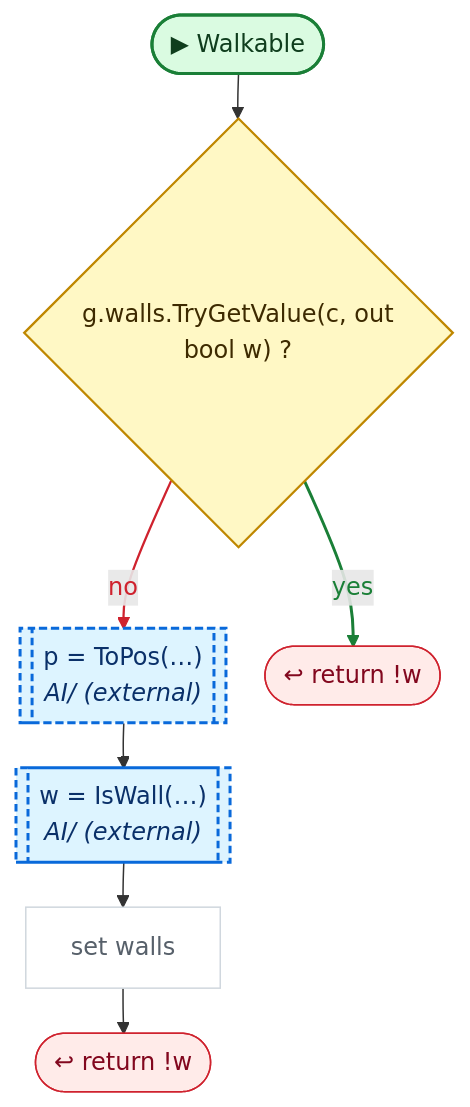
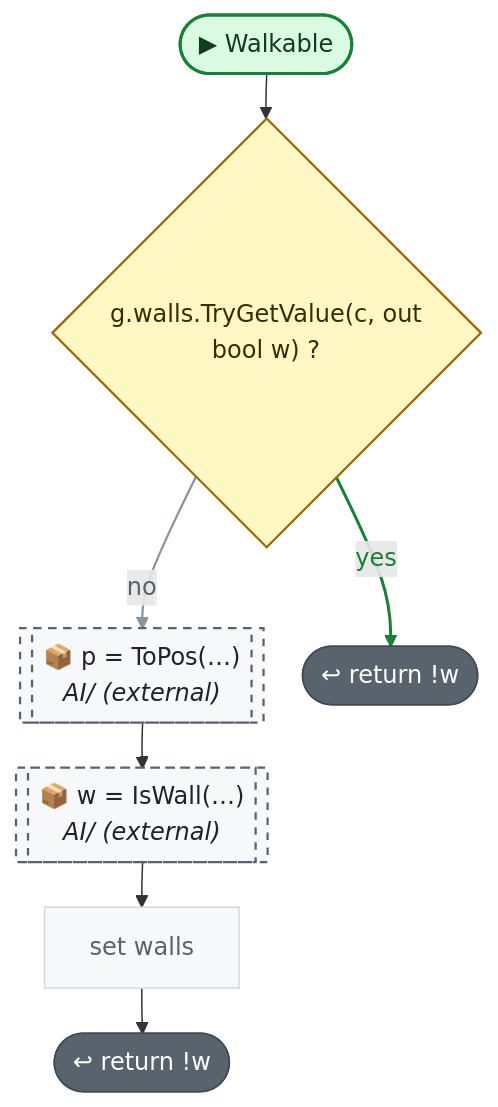
Before and after one commit to nataiai/Lord-of-the-Dungeon: the tenth of 14 diagrams in CodeGraph~/graph/AI/PathFinding.cs.md, drawn with Mermaid. The commit also changed other lines of this file and 57 other files, not shown here.

````diff
--- a/CodeGraph~/graph/AI/PathFinding.cs.md
+++ b/CodeGraph~/graph/AI/PathFinding.cs.md
@@ -621,44 +623,44 @@
 ```mermaid
 ---
 config:
   flowchart:
     wrappingWidth: 260
     nodeSpacing: 26
     rankSpacing: 30
 ---
 flowchart TD
   nS(["▶ Walkable"])
   nf34fcd{"g.walls.TryGetValue(c, out<br>bool w) ?"}
-  nbae4f0[["p = ToPos(…)<br><i>AI/ (external)</i>"]]
-  nd47c61[["w = IsWall(…)<br><i>AI/ (external)</i>"]]
+  nbae4f0[["📦 p = ToPos(…)<br><i>AI/ (external)</i>"]]
+  nd47c61[["📦 w = IsWall(…)<br><i>AI/ (external)</i>"]]
   nbad5f5["set walls"]
   n492779(["↩ return !w"])
   n1d4172(["↩ return !w"])
   nS --> nf34fcd
   nf34fcd -->|no| nbae4f0
   nf34fcd -->|yes| n492779
   nbae4f0 --> nd47c61
   nd47c61 --> nbad5f5
   nbad5f5 --> n1d4172
-  linkStyle 1 stroke:#cf222e,stroke-width:1.5px,color:#cf222e
+  linkStyle 1 stroke:#8c959f,stroke-width:1.5px,color:#59636e
   linkStyle 2 stroke:#1a7f37,stroke-width:2px,color:#1a7f37
   classDef unity fill:#dafbe1,stroke:#1a7f37,stroke-width:2px,color:#0f3d1d
   classDef start fill:#dafbe1,stroke:#1a7f37,stroke-width:2px,color:#0f3d1d
-  classDef calc fill:#ffffff,stroke:#d0d7de,color:#57606a
+  classDef calc fill:#f6f8fa,stroke:#d1d9e0,color:#59636e
   classDef calls fill:#ddf4ff,stroke:#0969da,stroke-width:2px,color:#0a3069
-  classDef ext fill:#ddf4ff,stroke:#0969da,stroke-width:2px,stroke-dasharray:5 3,color:#0a3069
-  classDef cond fill:#fff8c5,stroke:#bf8700,stroke-width:1.5px,color:#3d2a00
-  classDef loop fill:#f6f8fa,stroke:#57606a,color:#1f2328
-  classDef exit fill:#ffebe9,stroke:#cf222e,color:#82071e
+  classDef ext fill:#f6f8fa,stroke:#59636e,stroke-width:1.5px,stroke-dasharray:5 5,color:#1f2328
+  classDef cond fill:#fff8c5,stroke:#9a6700,stroke-width:1.5px,color:#3d2a00
+  classDef loop fill:#fff8c5,stroke:#9a6700,color:#3d2a00
+  classDef wait fill:#fff8c5,stroke:#9a6700,color:#3d2a00
+  classDef exit fill:#59636e,stroke:#424a53,color:#ffffff
+  classDef fin fill:#59636e,stroke:#424a53,color:#ffffff
+  classDef act fill:#ffffff,stroke:#59636e,stroke-width:1.5px,color:#1f2328
   classDef kill fill:#ffebe9,stroke:#cf222e,stroke-width:2px,color:#82071e
-  classDef spawn fill:#dafbe1,stroke:#1a7f37,stroke-width:2px,color:#0f3d1d
-  classDef wait fill:#fff1e5,stroke:#bc4c00,color:#4d1d00
-  classDef fin fill:#eaeef2,stroke:#8c959f,color:#57606a
   classDef join fill:#d0d7de,stroke:#8c959f,color:#57606a
   classDef ghdr fill:#f5f9ff,stroke:#f5f9ff,color:#0a3069,font-weight:bold
   class nbad5f5 calc
   class nf34fcd cond
   class n492779,n1d4172 exit
   class nbae4f0,nd47c61 ext
   class nS start
 ```
````
